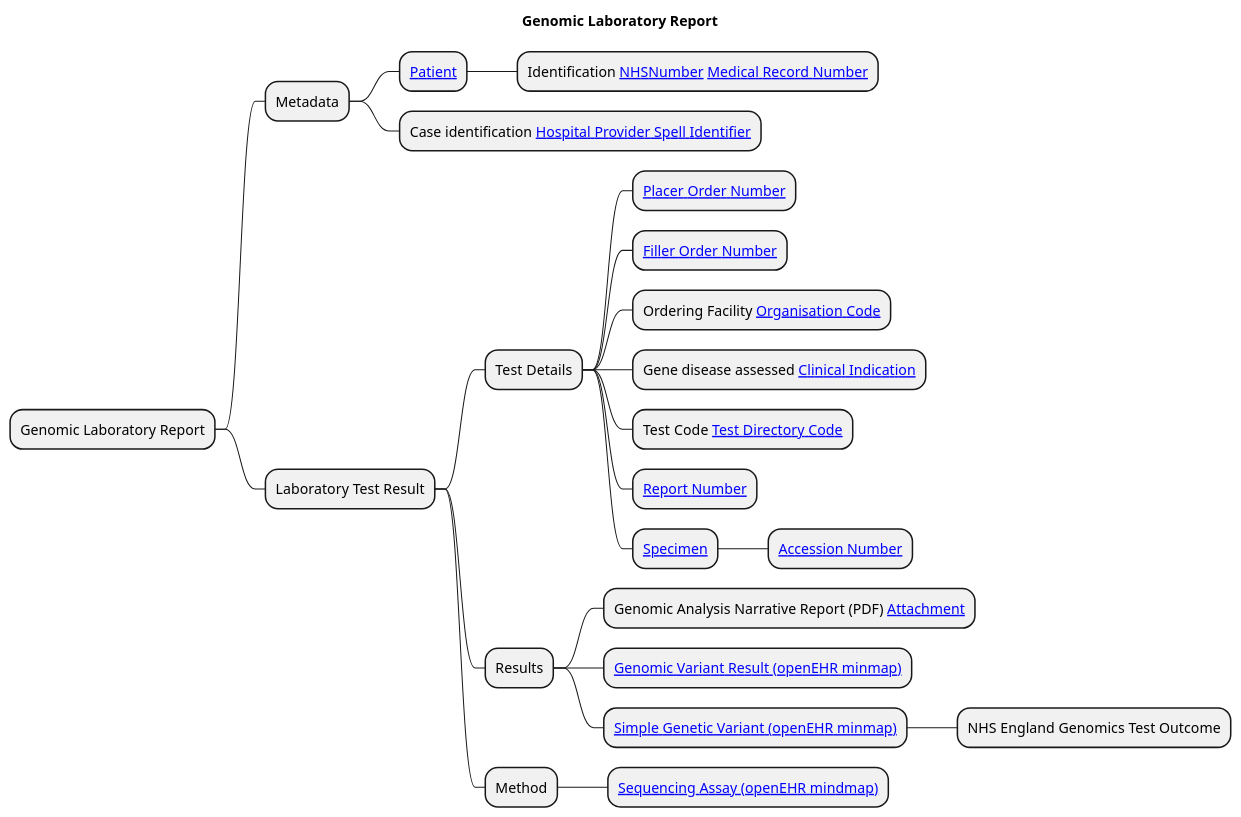
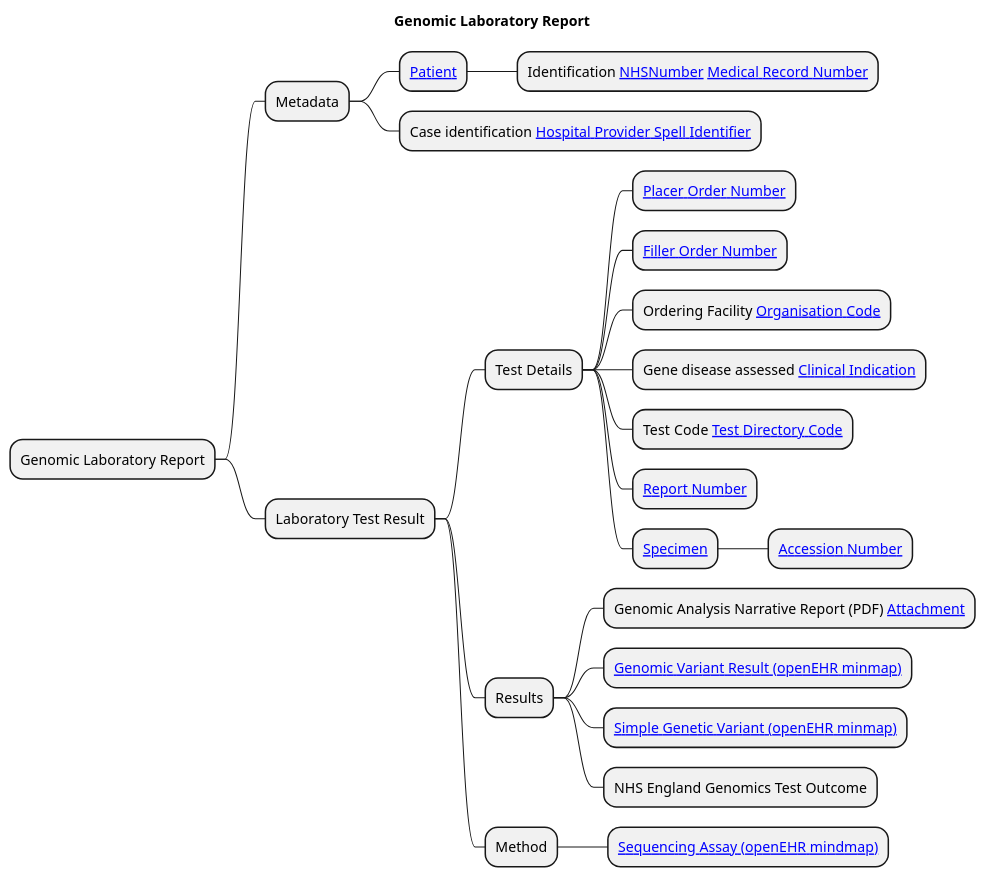
The diagram in input/images-source/LaboratoryReport-mindmap.plantuml (uk-gov-mirror/nw-gmsa.nw-gmsa.github.com), drawn with PlantUML before and after one commit.

Commit message:
hyperlinks in mermaid diagram

```diff
--- a/input/images-source/LaboratoryReport-mindmap.plantuml
+++ b/input/images-source/LaboratoryReport-mindmap.plantuml
@@ -1,28 +1,28 @@
 @startmindmap
 
 title "Genomic Laboratory Report"
 
 * Genomic Laboratory Report
 ** Metadata
 *** [[StructureDefinition-Patient.html Patient]]
 **** Identification [[StructureDefinition-NHSNumber.html NHSNumber]] [[StructureDefinition-MedicalRecordNumber.html Medical Record Number]]
 *** Case identification [[StructureDefinition-HospitalProviderSpellIdentifier.html Hospital Provider Spell Identifier]]
 ** Laboratory Test Result
 *** Test Details
 **** [[StructureDefinition-PlacerOrderNumber.html Placer Order Number]]
 **** [[StructureDefinition-FillerOrderNumber.html Filler Order Number]]
 **** Ordering Facility [[StructureDefinition-OrganisationCode.html Organisation Code]]
 **** Gene disease assessed [[CodeSystem-GenomicClinicalIndication.html Clinical Indication]]
 **** Test Code [[CodeSystem-GenomicTestCode.html Test Directory Code]]
 **** [[StructureDefinition-ReportNumber.html Report Number]]
 **** [[StructureDefinition-Specimen.html Specimen]]
 ***** [[StructureDefinition-AccessionNumber.html Accession Number]]
 *** Results
 **** Genomic Analysis Narrative Report (PDF) [[StructureDefinition-NWAttachment.html Attachment]]
 **** [[https://ckm.openehr.org/ckm/archetypes/1013.1.3759/mindmap Genomic Variant Result (openEHR minmap)]]
 **** [[https://ckm.openehr.org/ckm/archetypes/1013.1.4858/mindmap Simple Genetic Variant (openEHR minmap)]]
-***** NHS England Genomics Test Outcome
+**** NHS England Genomics Test Outcome
 *** Method
 **** [[https://ckm.openehr.org/ckm/archetypes/1013.1.4256/mindmap Sequencing Assay (openEHR mindmap)]]
 
 @endmindmap
```
